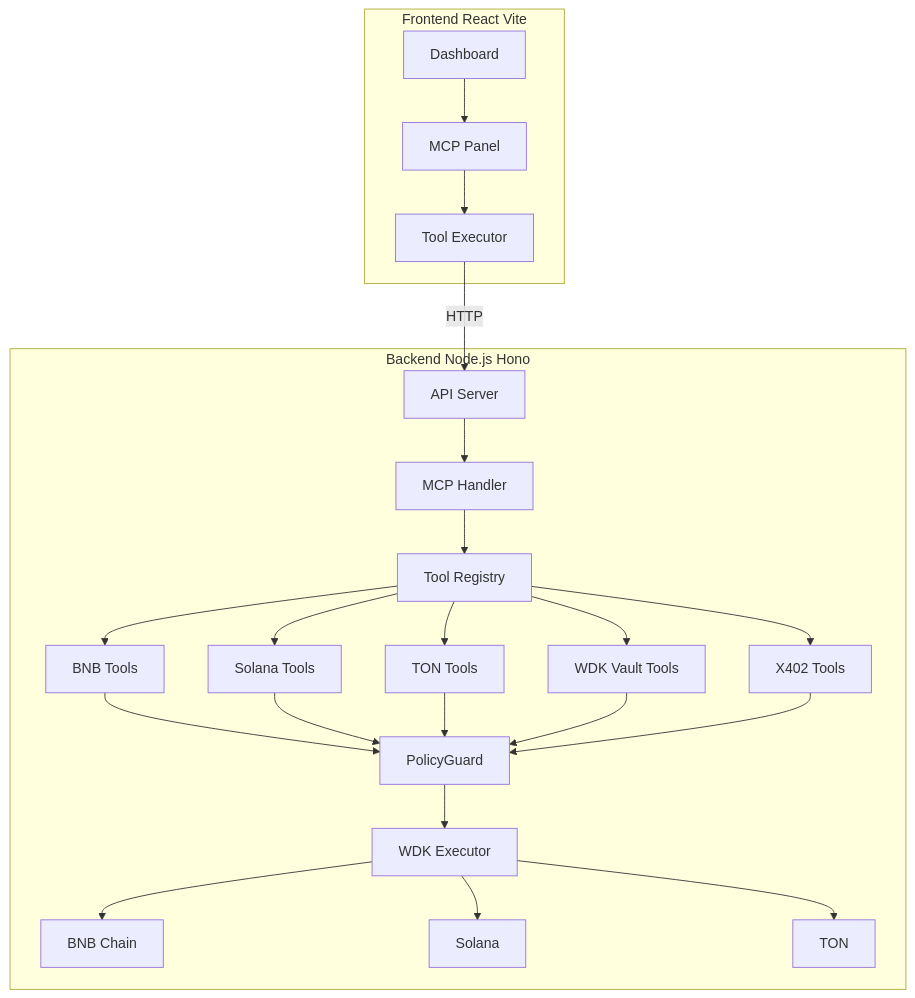
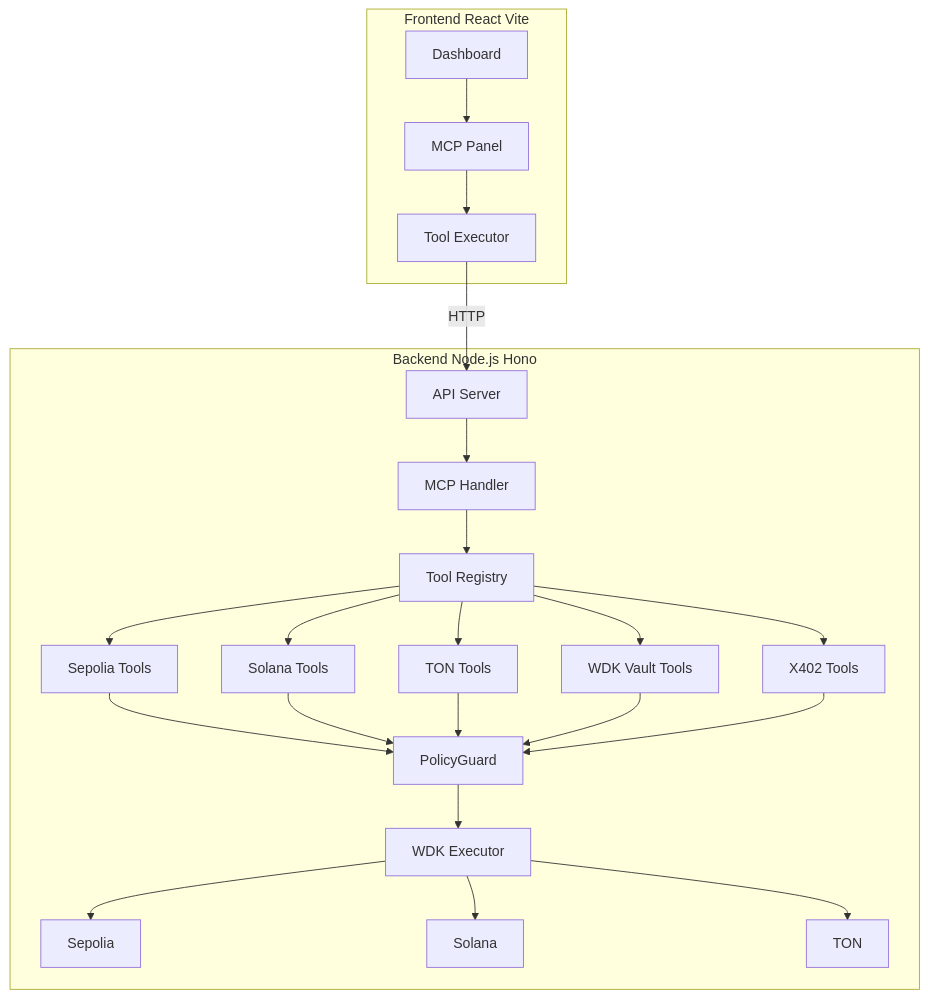
Before and after one commit to anhquan075/OmniAgent: the first of 4 diagrams in README.md, drawn with Mermaid. The commit also changed other lines of this file and 203 other files, not shown here.

````diff
--- a/README.md
+++ b/README.md
@@ -38,31 +44,31 @@
 ```mermaid
 graph TB
     subgraph "Frontend React Vite"
         A[Dashboard] --> B[MCP Panel]
         B --> C[Tool Executor]
     end
     
     subgraph "Backend Node.js Hono"
         D[API Server] --> E[MCP Handler]
         E --> F[Tool Registry]
         
-        F --> G[BNB Tools]
+        F --> G[Sepolia Tools]
         F --> H[Solana Tools]
         F --> I[TON Tools]
         F --> J[WDK Vault Tools]
         F --> K[X402 Tools]
         
         G --> L[PolicyGuard]
         H --> L
         I --> L
         J --> L
         K --> L
         
         L --> M[WDK Executor]
-        M --> N[BNB Chain]
+        M --> N[Sepolia]
         M --> O[Solana]
         M --> P[TON]
     end
     
     C -->|HTTP| D
 ```
````
